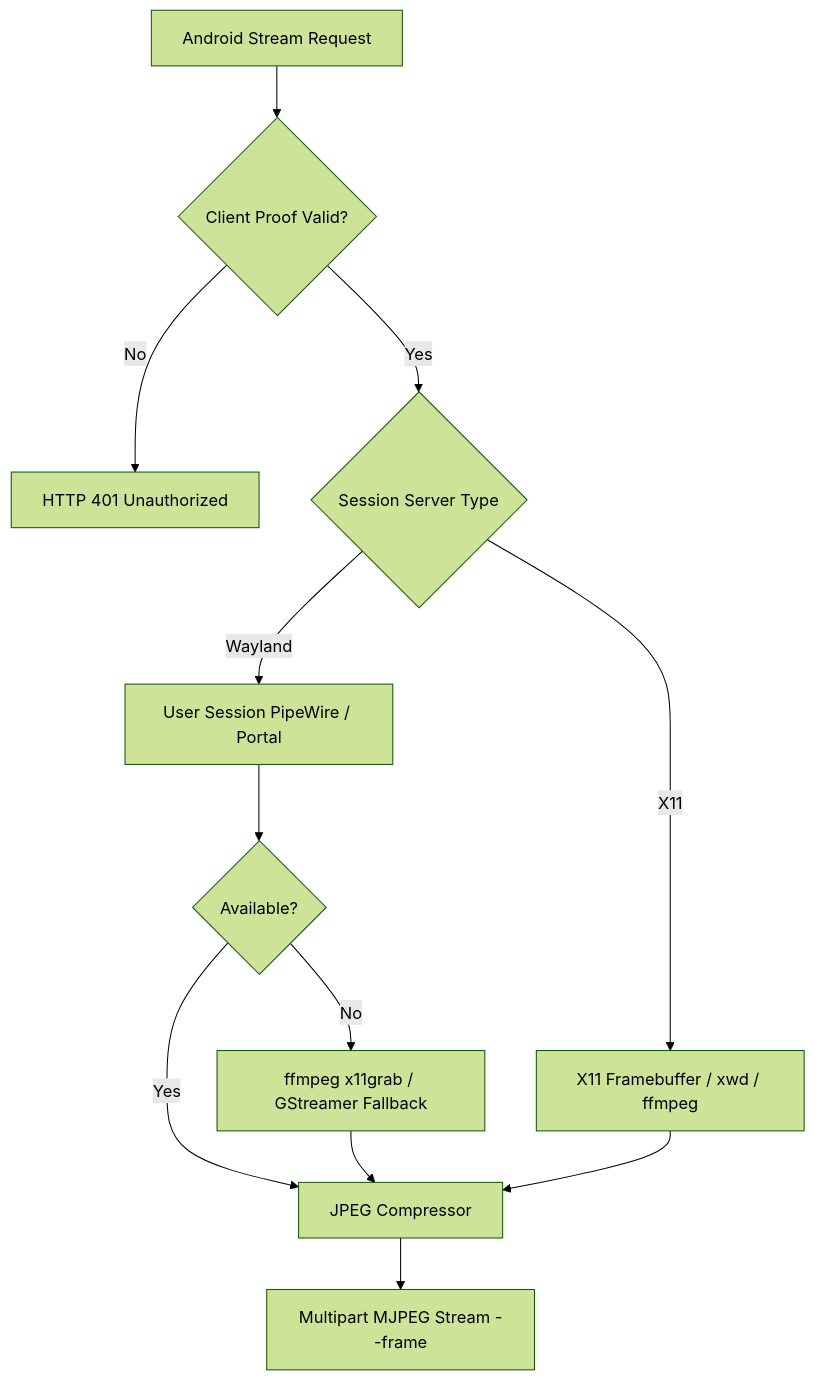
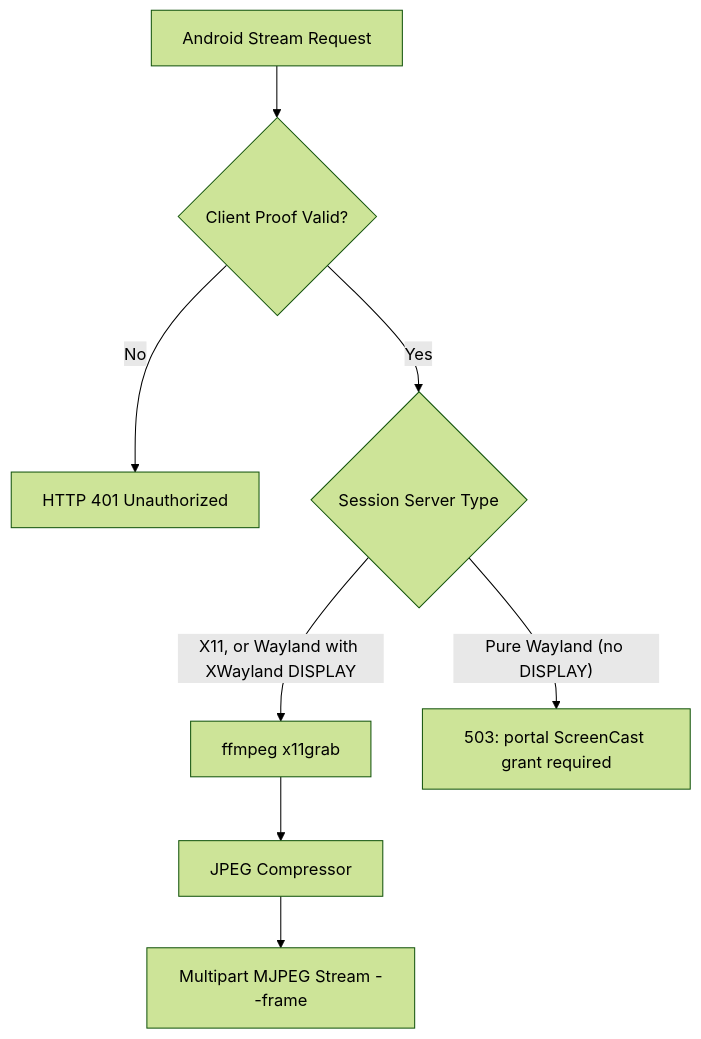
One commit to tirthsaraiya29/Tether changed the diagram in docs/linux/SCREEN_SHARING.md. Above: the diagram before and after it, drawn with Mermaid (forest theme). The commit also changed other lines of this file and 2 other files, not shown here.

Commit message:
fix(linux): refuse pure-Wayland capture instead of bypassing the compositor, and correct the docs

````diff
--- a/docs/linux/SCREEN_SHARING.md
+++ b/docs/linux/SCREEN_SHARING.md
@@ -40,18 +42,12 @@
 ```mermaid
 graph TD
     Request[Android Stream Request] --> ProofCheck{Client Proof Valid?}
     ProofCheck -->|No| Reject[HTTP 401 Unauthorized]
     ProofCheck -->|Yes| SessionCheck{Session Server Type}
 
-    SessionCheck -->|Wayland| PipeWire[User Session PipeWire / Portal]
-    SessionCheck -->|X11| X11Capture[X11 Framebuffer / xwd / ffmpeg]
+    SessionCheck -->|"X11, or Wayland with XWayland DISPLAY"| X11Capture[ffmpeg x11grab]
+    SessionCheck -->|"Pure Wayland (no DISPLAY)"| Refuse[503: portal ScreenCast grant required]
 
-    PipeWire --> FallbackCheck{Available?}
-    FallbackCheck -->|Yes| FrameStream[JPEG Compressor]
-    FallbackCheck -->|No| FfmpegGst[ffmpeg x11grab / GStreamer Fallback]
-
-    X11Capture --> FrameStream
-    FfmpegGst --> FrameStream
-
+    X11Capture --> FrameStream[JPEG Compressor]
     FrameStream --> Output[Multipart MJPEG Stream --frame]
 ```
````
